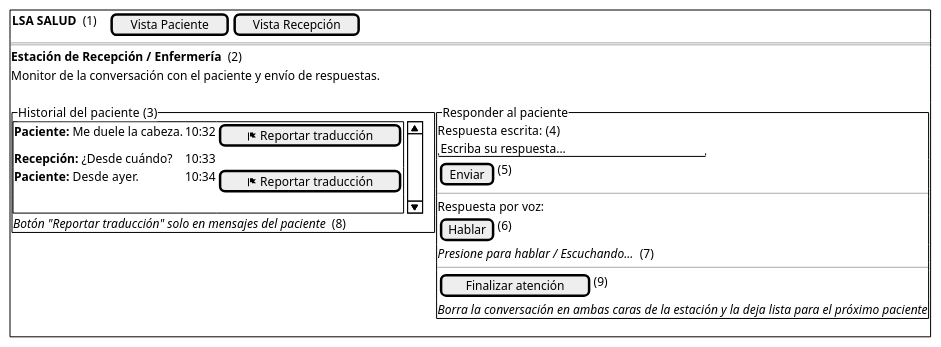
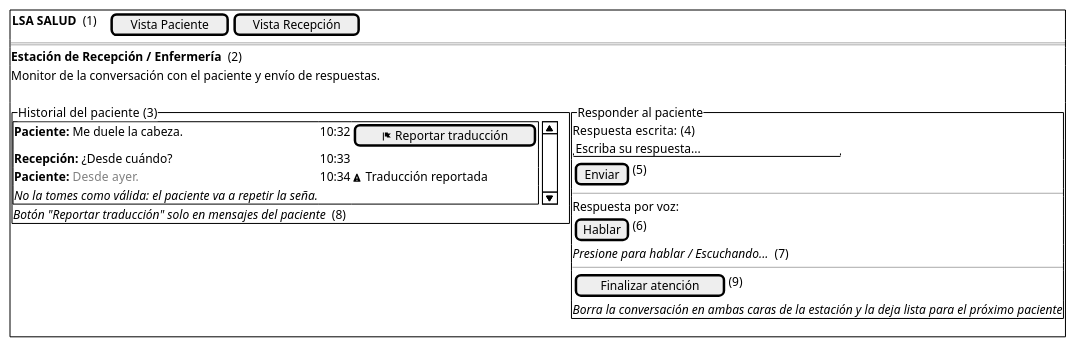
Before and after one commit to santinohamada/Nexora: the diagram in docs/diagramas/04_mockup_p03_recepcion.puml, drawn with PlantUML. The commit also changed 3 other files, not shown here.

```diff
--- a/docs/diagramas/04_mockup_p03_recepcion.puml
+++ b/docs/diagramas/04_mockup_p03_recepcion.puml
@@ -1,31 +1,31 @@
 @startsalt 04_mockup_p03_recepcion
 {+
   { <b>LSA SALUD</b>  (1) | . | . | [Vista Paciente] | [Vista Recepción] }
   ==
   <b>Estación de Recepción / Enfermería</b>  (2)
   Monitor de la conversación con el paciente y envío de respuestas.
   .
   {
     {^"Historial del paciente  (3)"
       {SI
         <b>Paciente:</b> Me duele la cabeza.    | 10:32 | [<&flag> Reportar traducción]
         <b>Recepción:</b> ¿Desde cuándo?        | 10:33 | .
-        <b>Paciente:</b> Desde ayer.            | 10:34 | [<&flag> Reportar traducción]
-        .                                       | .     | .
+        <b>Paciente:</b> <color:gray>Desde ayer.</color>| 10:34 | <&warning> Traducción reportada
+        <i>No la tomes como válida: el paciente va a repetir la seña.</i> | . | .
       }
       <i>Botón "Reportar traducción" solo en mensajes del paciente</i>  (8)
     } | {^"Responder al paciente"
       Respuesta escrita:  (4)
       "Escriba su respuesta...          "
       { [Enviar] | (5) }
       --
       Respuesta por voz:
       { [Hablar] | (6) }
       <i>Presione para hablar / Escuchando...</i>  (7)
       --
       { [Finalizar atención] | (9) }
       <i>Borra la conversación en ambas caras de la estación y la deja lista para el próximo paciente</i>
     }
   }
 }
 @endsalt
```
